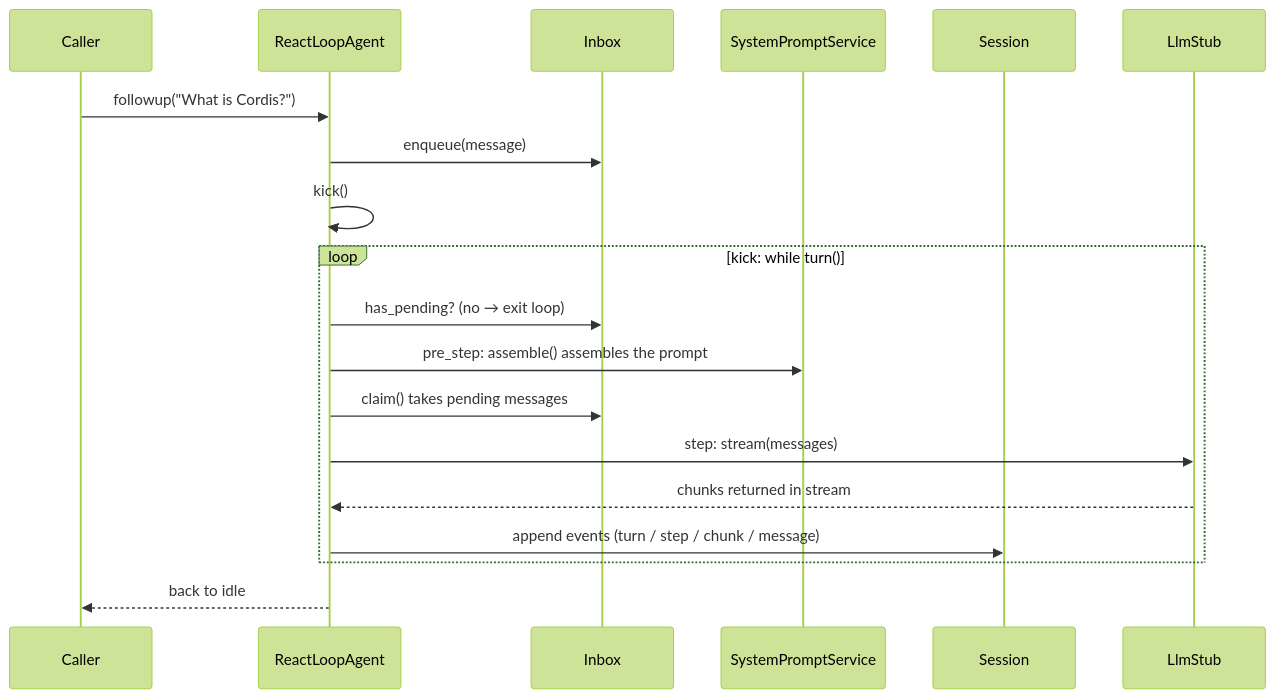
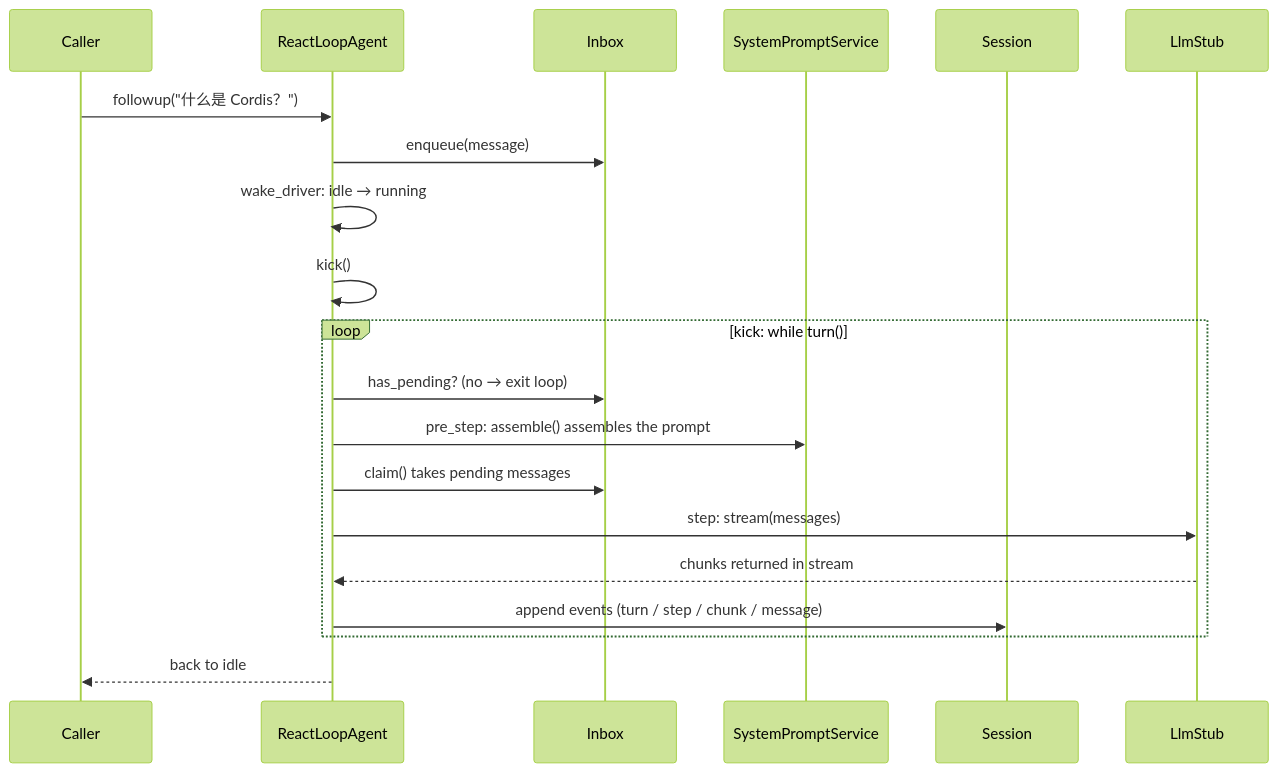
One commit to ChenYu1991ppak/deepseek-harness-anatomy changed the sixth of 6 diagrams in ch02/ch02-agent-loop_en.md. Above: the diagram before and after it, drawn with Mermaid (forest theme). The commit also changed other lines of this file and 124 other files, not shown here.

````diff
--- a/ch02/ch02-agent-loop_en.md
+++ b/ch02/ch02-agent-loop_en.md
@@ -639,23 +658,24 @@
 ```mermaid
 sequenceDiagram
     participant U as Caller
     participant A as ReactLoopAgent
     participant I as Inbox
     participant P as SystemPromptService
     participant S as Session
     participant L as LlmStub
 
-    U->>A: followup("What is Cordis?")
+    U->>A: followup("什么是 Cordis？")
     A->>I: enqueue(message)
+    A->>A: wake_driver: idle → running
     A->>A: kick()
 
     loop kick: while turn()
         A->>I: has_pending? (no → exit loop)
         A->>P: pre_step: assemble() assembles the prompt
         A->>I: claim() takes pending messages
         A->>L: step: stream(messages)
         L-->>A: chunks returned in stream
         A->>S: append events (turn / step / chunk / message)
     end
     A-->>U: back to idle
 ```
````
